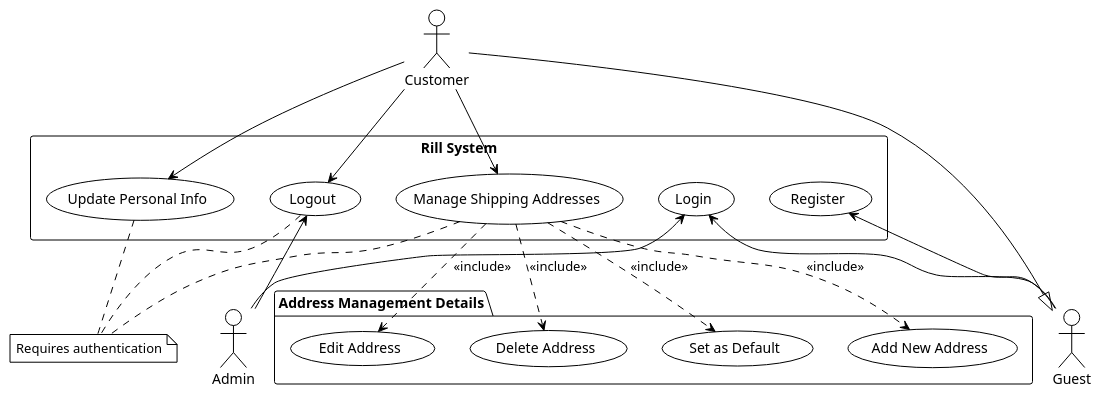
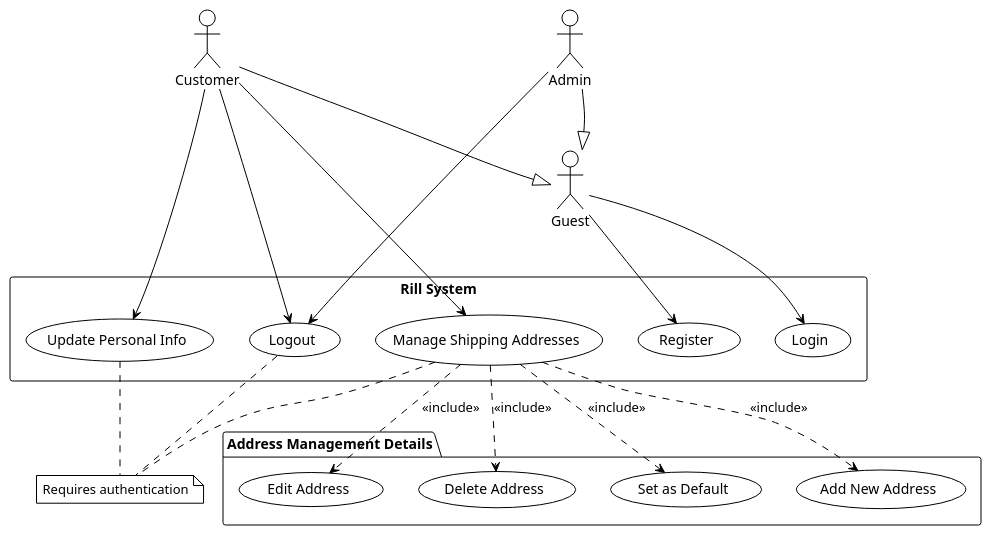
One commit to mttk2004/rill-system changed the diagram in use-case/detailed/uc-1-account-management.puml. Above: the diagram before and after it, drawn with PlantUML. The commit also changed 10 other files, not shown here.

Commit message:
refactor: refine all diagrams

```diff
--- a/use-case/detailed/uc-1-account-management.puml
+++ b/use-case/detailed/uc-1-account-management.puml
@@ -1,65 +1,76 @@
-@startuml "UC-1: Account & Profile Management - Final Layout"
-' Giao diện gọn gàng
+@startuml "UC-1: Account & Profile Management - Final Consistent Layout"
 !theme plain
 
 ' --- ACTORS ---
 actor Customer
 actor Guest
 actor Admin
 
-' Quan hệ kế thừa
-Customer --|> Guest
+' Sắp xếp các actor thành một cột bên trái cho gọn gàng
+Admin -[hidden]down- Guest
+Guest -[hidden]down- Customer
 
 ' --- SYSTEM BOUNDARY ---
 rectangle "Rill System" {
   usecase "Register" as UC1
   usecase "Login" as UC2
   usecase "Logout" as UC2b
   usecase "Update Personal Info" as UC3
   usecase "Manage Shipping Addresses" as UC4
 
   ' Dàn hàng ngang các use case
   UC1 -[hidden]right- UC2
   UC3 -[hidden]right- UC4
+  ' Căn chỉnh cột actor với cột use case
+  Customer -[hidden]right- UC3
 }
 
 ' --- SUB USE CASES for Address Management ---
 package "Address Management Details" {
   usecase "Add New Address" as Add
   usecase "Edit Address" as Edit
   usecase "Delete Address" as Delete
   usecase "Set as Default" as SetDefault
 
   ' Dàn hàng ngang các use case con
   Add -[hidden]right- Edit
   Edit -[hidden]right- Delete
   Delete -[hidden]right- SetDefault
 }
 
 ' --- RELATIONSHIPS ---
 
-' Actor -> Use Cases
-Guest -up-> UC1
-Guest -up-> UC2
-Admin -up-> UC2
-Admin -up-> UC2b
+' **THAY ĐỔI CHÍNH Ở ĐÂY**
+' 1. Bổ sung kế thừa Admin --|> Guest
+Customer --|> Guest
+Admin --|> Guest
+
+' 2. Gán quyền cho từng Actor
+' Guest có thể Đăng ký hoặc Đăng nhập
+Guest --> UC1
+Guest --> UC2
+
+' Admin và Customer (đã đăng nhập) có thể Đăng xuất
+Admin --> UC2b
 Customer --> UC2b
+
+' Customer có thể quản lý thông tin cá nhân của họ
 Customer --> UC3
 Customer --> UC4
+
+' Admin chỉ có thể Đăng nhập (kế thừa từ Guest) và Đăng xuất
+' 3. Xóa đường nối sai từ Admin tới "Update Personal Info"
 
 ' Quan hệ <<include>>
 UC4 .down.> Add       : <<include>>
 UC4 .down.> Edit      : <<include>>
 UC4 .down.> Delete    : <<include>>
 UC4 .down.> SetDefault: <<include>>
 
-' --- NOTES (SỬA LỖI TẠI ĐÂY) ---
-' 1. Đặt ghi chú và gán cho nó một cái tên (alias) là "AuthNote"
+' --- NOTES ---
 note "Requires authentication" as AuthNote
-
-' 2. Nối các use case trực tiếp tới tên "AuthNote"
 UC3 .. AuthNote
 UC4 .. AuthNote
 UC2b .. AuthNote
 
 @enduml
```
